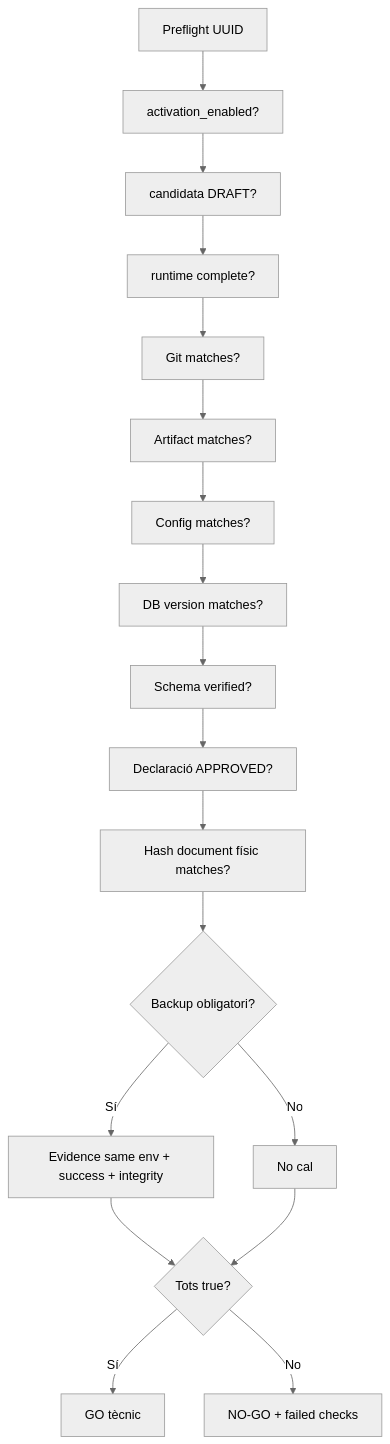
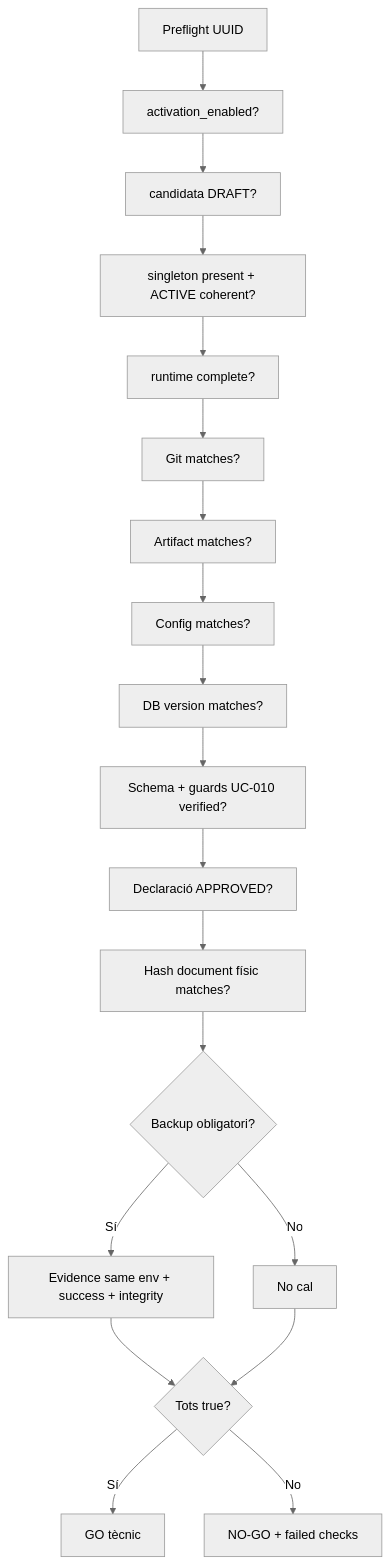
Before and after one commit to orgmeriemprismacat-del/verifactu: the seventh of 11 diagrams in documentacio/07-uml-integrat/uc-010-activitats-pagines-actual-final.md, drawn with Mermaid (neutral theme). The commit also changed other lines of this file, not shown here.

Commit message:
docs(UC-010): activitats/pàgines FINAL amb guards, DTO i evidència

````diff
--- a/documentacio/07-uml-integrat/uc-010-activitats-pagines-actual-final.md
+++ b/documentacio/07-uml-integrat/uc-010-activitats-pagines-actual-final.md
@@ -122,20 +130,21 @@
 ```mermaid
 flowchart TD
 A[Preflight UUID] --> B[activation_enabled?]
 B --> B2[candidata DRAFT?]
-B2 --> C[runtime complete?]
+B2 --> B3[singleton present + ACTIVE coherent?]
+B3 --> C[runtime complete?]
 C --> D[Git matches?]
 D --> E[Artifact matches?]
 E --> F[Config matches?]
 F --> G[DB version matches?]
-G --> H[Schema verified?]
+G --> H[Schema + guards UC-010 verified?]
 H --> I[Declaració APPROVED?]
 I --> J[Hash document físic matches?]
 J --> K{Backup obligatori?}
 K -->|Sí| L[Evidence same env + success + integrity]
 K -->|No| M[No cal]
 L --> N{Tots true?}
 M --> N
 N -->|Sí| O[GO tècnic]
 N -->|No| P[NO-GO + failed checks]
 ```
````
